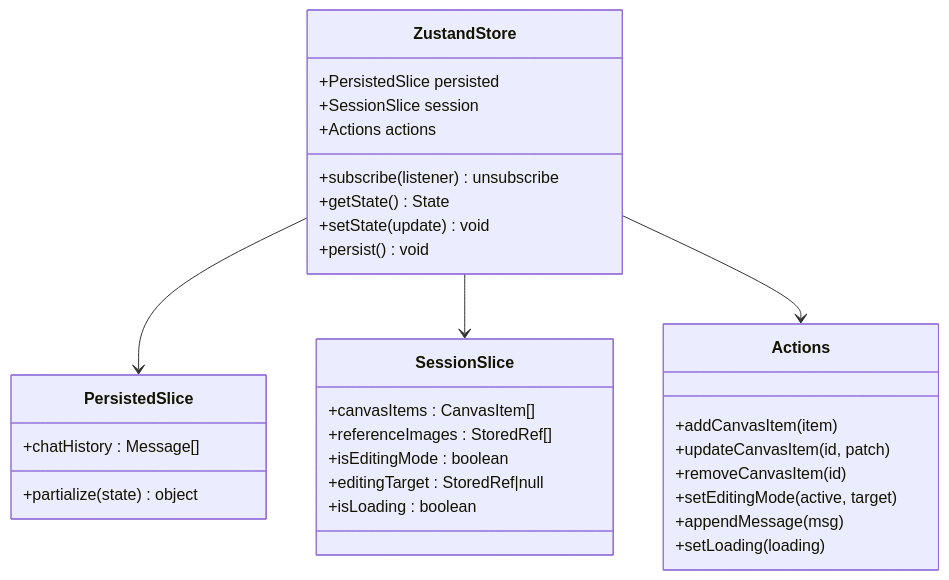
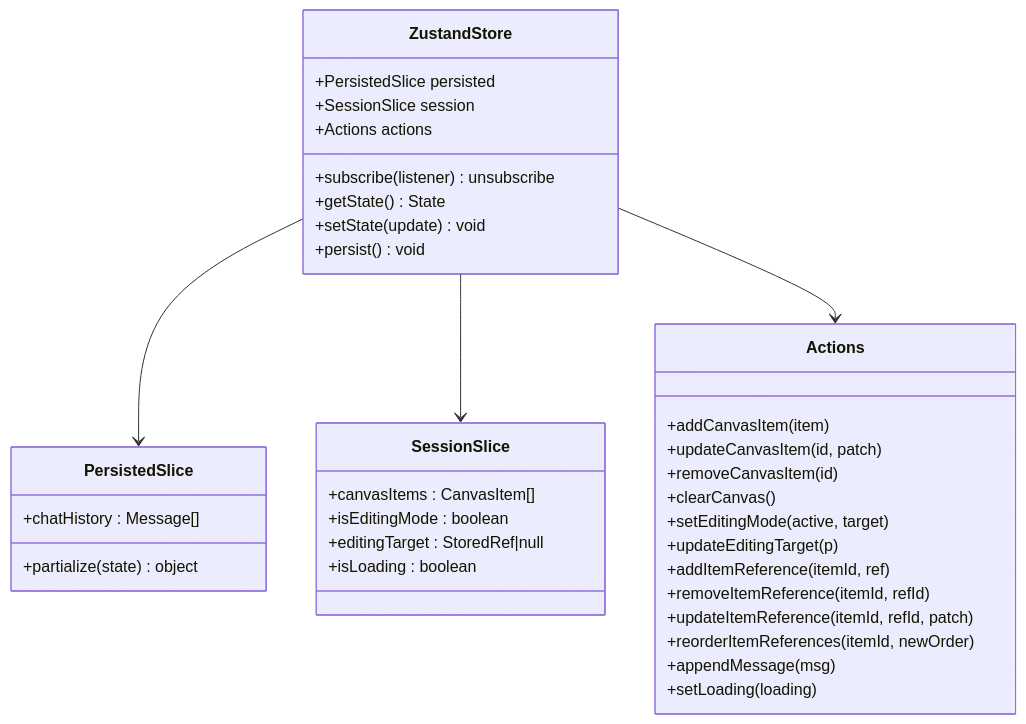
One commit to billye220670/BananaFlow2 changed the second of 16 diagrams in .qoder/repowiki/zh/content/状态管理系统.md. Above: the diagram before and after it, drawn with Mermaid. The commit also changed other lines of this file and 29 other files, not shown here.

````diff
--- a/.qoder/repowiki/zh/content/状态管理系统.md
+++ b/.qoder/repowiki/zh/content/状态管理系统.md
@@ -88,34 +93,39 @@
 ```mermaid
 classDiagram
 class ZustandStore {
 +PersistedSlice persisted
 +SessionSlice session
 +Actions actions
 +subscribe(listener) unsubscribe
 +getState() State
 +setState(update) void
 +persist() void
 }
 class PersistedSlice {
 +chatHistory : Message[]
 +partialize(state) object
 }
 class SessionSlice {
 +canvasItems : CanvasItem[]
-+referenceImages : StoredRef[]
 +isEditingMode : boolean
 +editingTarget : StoredRef|null
 +isLoading : boolean
 }
 class Actions {
 +addCanvasItem(item)
 +updateCanvasItem(id, patch)
 +removeCanvasItem(id)
++clearCanvas()
 +setEditingMode(active, target)
++updateEditingTarget(p)
++addItemReference(itemId, ref)
++removeItemReference(itemId, refId)
++updateItemReference(itemId, refId, patch)
++reorderItemReferences(itemId, newOrder)
 +appendMessage(msg)
 +setLoading(loading)
 }
 ZustandStore --> PersistedSlice
 ZustandStore --> SessionSlice
 ZustandStore --> Actions
 ```
````
